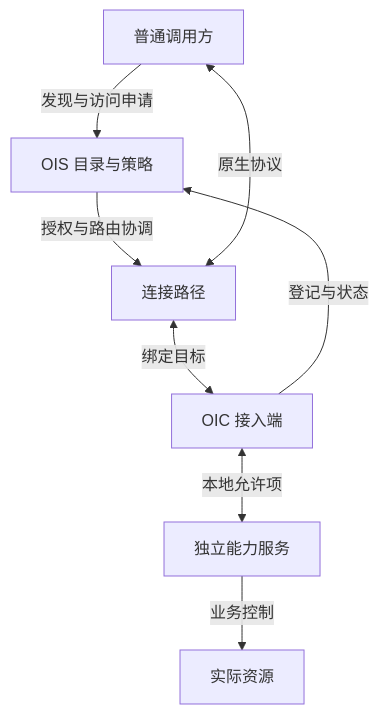
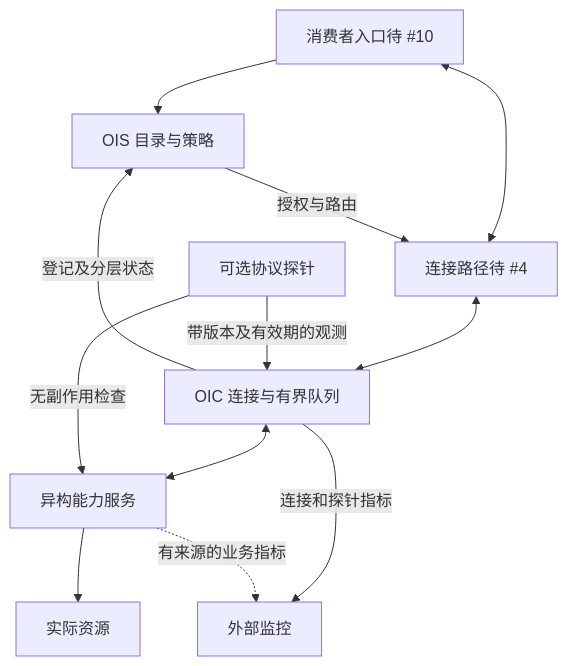
The first of 4 diagrams in docs/distributed-architecture-conclusions.md (wyw-ai/loom-oi), drawn with Mermaid before and after one commit. The commit also changed other lines of this file and 68 other files, not shown here.

Commit message:
feat(alpha): add evidence lab and iterate architecture from issue feedback

````diff
--- a/docs/distributed-architecture-conclusions.md
+++ b/docs/distributed-architecture-conclusions.md
@@ -26,10 +26,14 @@
 ```mermaid
 flowchart TD
-    C["普通调用方"] -->|发现与访问申请| S["OIS 目录与策略"]
-    S -->|授权与路由协调| N["连接路径"]
-    C <-->|原生协议| N
-    N <-->|绑定目标| O["OIC 接入端"]
-    O -->|登记与状态| S
-    O <-->|本地允许项| P["独立能力服务"]
-    P -->|业务控制| R["实际资源"]
+    C["消费者入口待 #10"] --> S["OIS 目录与策略"]
+    C <--> N["连接路径待 #4"]
+    S -->|授权与路由| N
+    N <--> O["OIC 连接与有界队列"]
+    O <--> P["异构能力服务"]
+    P --> R["实际资源"]
+    O -->|登记及分层状态| S
+    Q["可选协议探针"] -->|无副作用检查| P
+    Q -->|带版本及有效期的观测| O
+    O -->|连接和探针指标| M["外部监控"]
+    P -.->|有来源的业务指标| M
 ```
````
